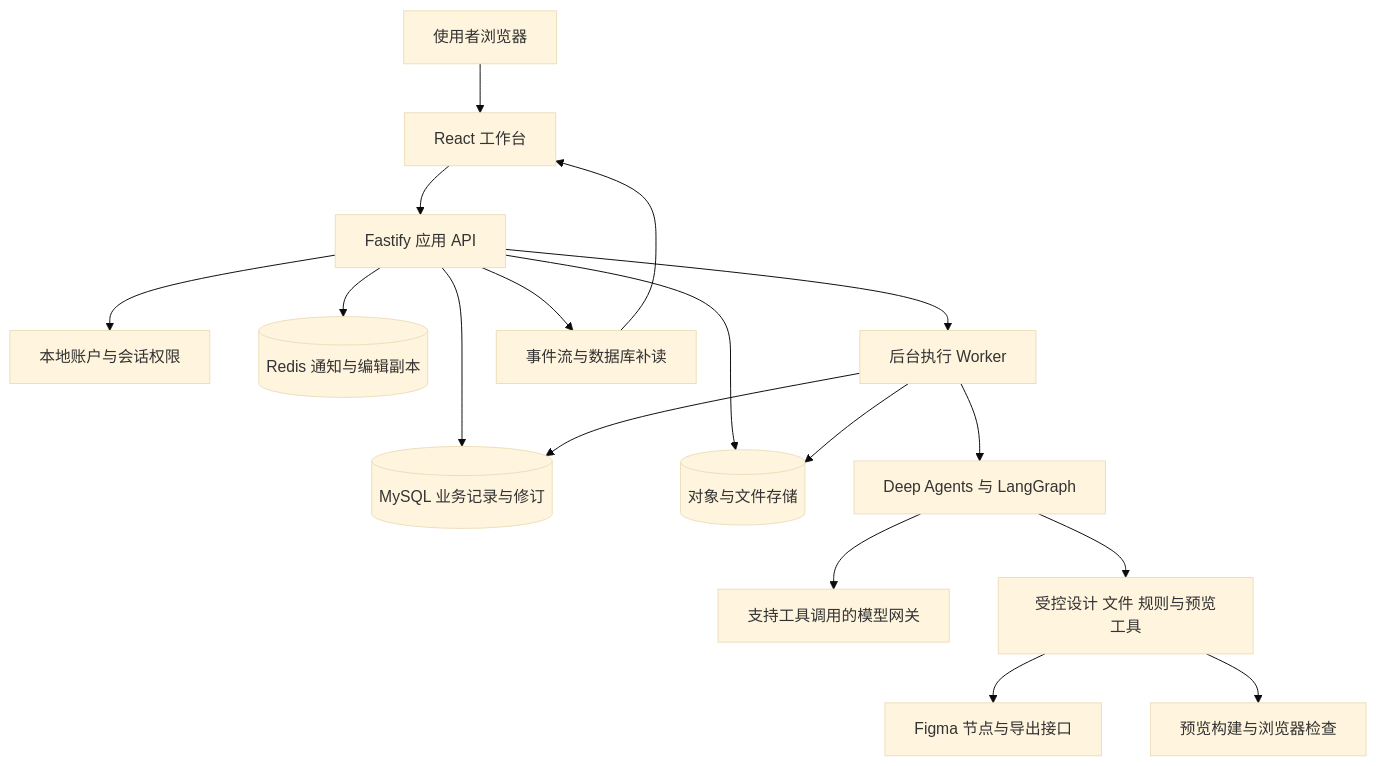
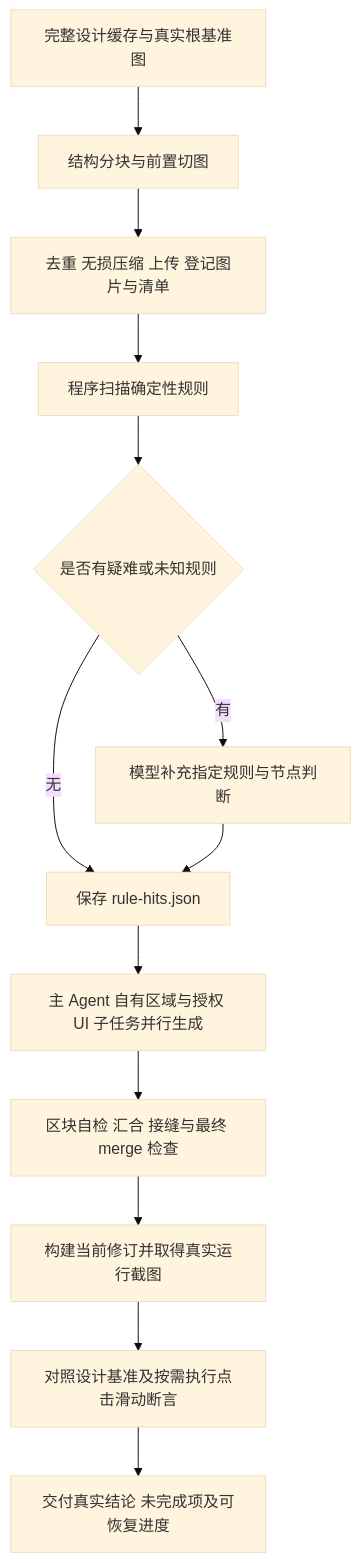
The eighth of 10 diagrams in docs/架构与流程图.md (double-coding-lab/PixelPrintService), drawn with Mermaid (base theme) before and after one commit. The commit also changed other lines of this file and 9 other files, not shown here.

````diff
--- a/docs/架构与流程图.md
+++ b/docs/架构与流程图.md
@@ -7,19 +280,15 @@
 ```mermaid
-flowchart TB
-  U[使用者浏览器] --> W[React 工作台]
-  W --> API[Fastify 应用 API]
-  API --> AUTH[本地账户与会话权限]
-  API --> DB[(MySQL 业务记录与修订)]
-  API --> CACHE[(Redis 通知与编辑副本)]
-  API --> STORE[(对象与文件存储)]
-  API --> WORKER[后台执行 Worker]
-  WORKER --> AGENT[Deep Agents 与 LangGraph]
-  AGENT --> MODEL[支持工具调用的模型网关]
-  AGENT --> TOOLS[受控设计 文件 规则与预览工具]
-  TOOLS --> FIGMA[Figma 节点与导出接口]
-  TOOLS --> PREVIEW[预览构建与浏览器检查]
-  WORKER --> DB
-  WORKER --> STORE
-  API --> EVENTS[事件流与数据库补读]
-  EVENTS --> W
+flowchart TD
+  A[完整设计缓存与真实根基准图] --> B[结构分块与前置切图]
+  B --> C[去重 无损压缩 上传 登记图片与清单]
+  C --> D[程序扫描确定性规则]
+  D --> E{是否有疑难或未知规则}
+  E -->|有| F[模型补充指定规则与节点判断]
+  E -->|无| G[保存 rule-hits.json]
+  F --> G
+  G --> H[主 Agent 自有区域与授权 UI 子任务并行生成]
+  H --> I[区块自检 汇合 接缝与最终 merge 检查]
+  I --> J[构建当前修订并取得真实运行截图]
+  J --> K[对照设计基准及按需执行点击滑动断言]
+  K --> L[交付真实结论 未完成项及可恢复进度]
 ```
````
